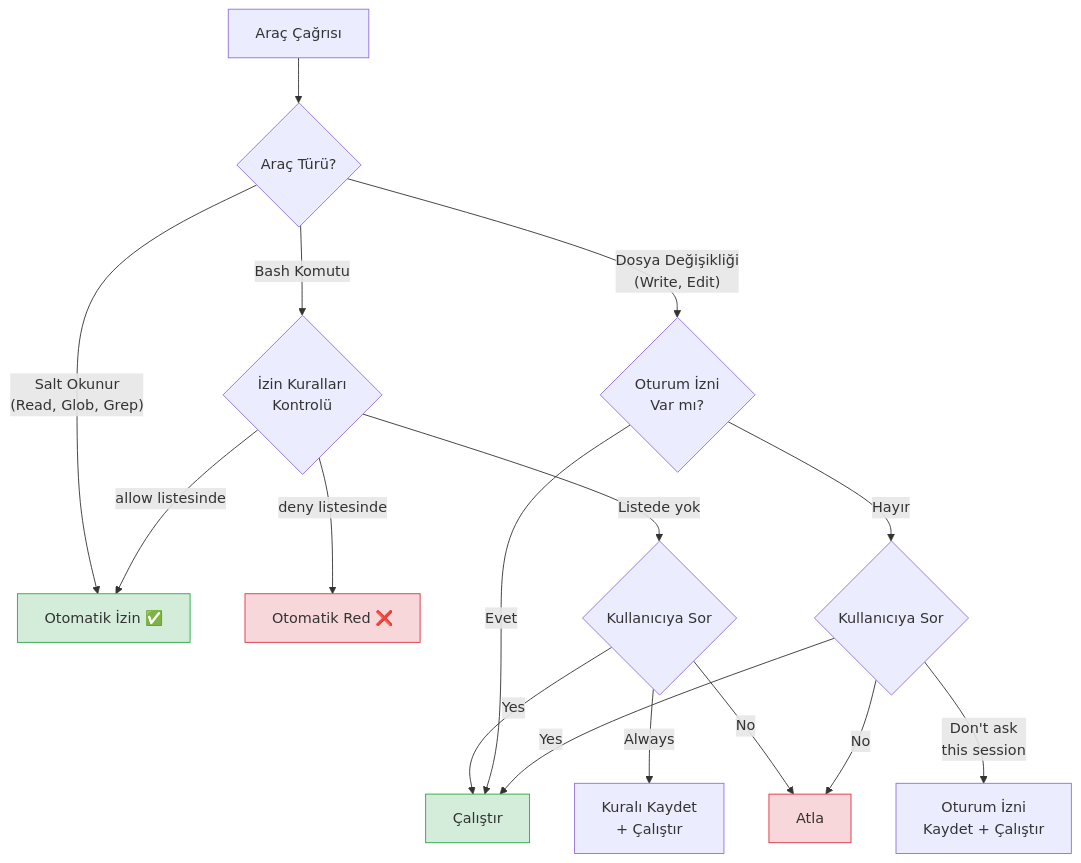
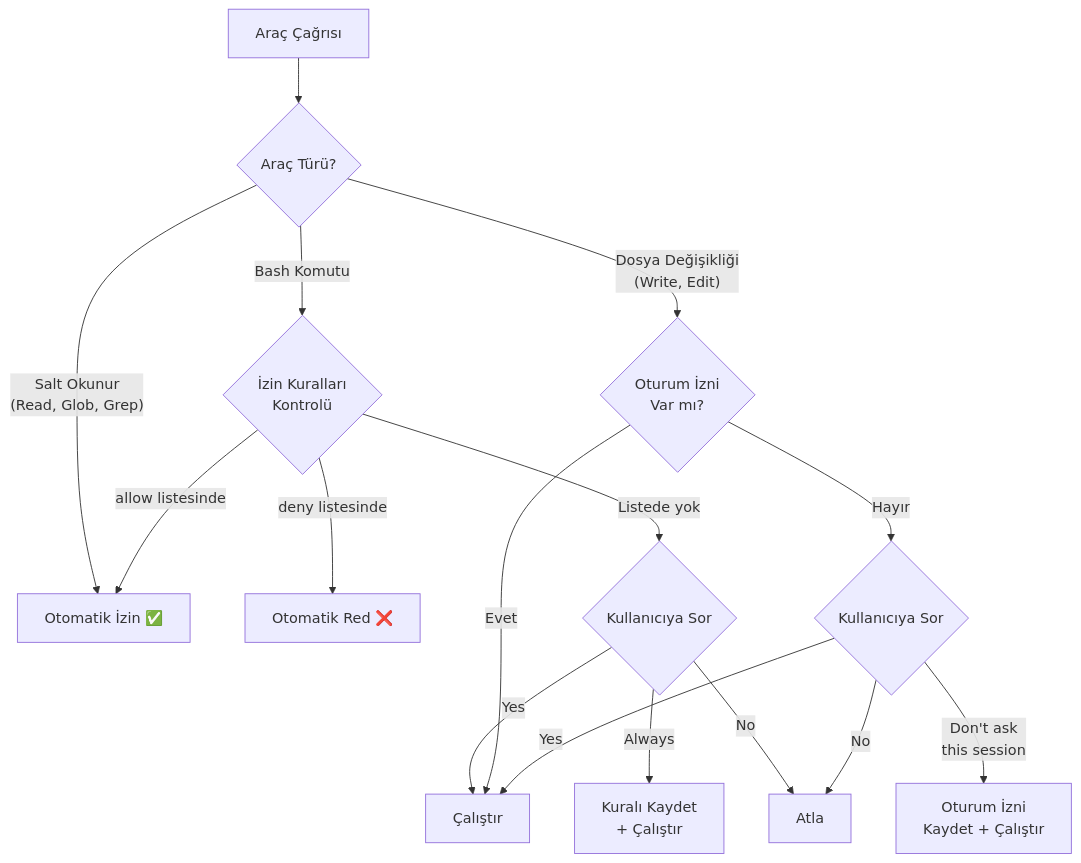
One commit to IzzetYasinAtes/ClaudeCodeHandbook changed the second of 2 diagrams in 10-izinler-ve-guvenlik/01-izin-sistemi.md. Above: the diagram before and after it, drawn with Mermaid. The commit also changed other lines of this file and 97 other files, not shown here.

Commit message:
Remove all custom Mermaid style/fill colors from 98 markdown files for consistent dark theme rendering

````diff
--- a/10-izinler-ve-guvenlik/01-izin-sistemi.md
+++ b/10-izinler-ve-guvenlik/01-izin-sistemi.md
@@ -155,30 +152,26 @@
 ```mermaid
 flowchart TD
     START["Araç Çağrısı"] --> CHECK_TYPE{"Araç Türü?"}
 
     CHECK_TYPE -->|"Salt Okunur<br/>(Read, Glob, Grep)"| AUTO_ALLOW["Otomatik İzin ✅"]
 
     CHECK_TYPE -->|"Bash Komutu"| CHECK_RULES{"İzin Kuralları<br/>Kontrolü"}
 
     CHECK_TYPE -->|"Dosya Değişikliği<br/>(Write, Edit)"| CHECK_SESSION{"Oturum İzni<br/>Var mı?"}
 
     CHECK_RULES -->|"allow listesinde"| AUTO_ALLOW
     CHECK_RULES -->|"deny listesinde"| AUTO_DENY["Otomatik Red ❌"]
     CHECK_RULES -->|"Listede yok"| ASK_USER_BASH{"Kullanıcıya Sor"}
 
     ASK_USER_BASH -->|"Yes"| EXECUTE["Çalıştır"]
     ASK_USER_BASH -->|"Always"| SAVE_RULE["Kuralı Kaydet<br/>+ Çalıştır"]
     ASK_USER_BASH -->|"No"| SKIP["Atla"]
 
     CHECK_SESSION -->|"Evet"| EXECUTE
     CHECK_SESSION -->|"Hayır"| ASK_USER_EDIT{"Kullanıcıya Sor"}
 
     ASK_USER_EDIT -->|"Yes"| EXECUTE
     ASK_USER_EDIT -->|"Don't ask<br/>this session"| SESSION_SAVE["Oturum İzni<br/>Kaydet + Çalıştır"]
     ASK_USER_EDIT -->|"No"| SKIP
 
-    style AUTO_ALLOW fill:#d4edda,stroke:#28a745
-    style AUTO_DENY fill:#f8d7da,stroke:#dc3545
-    style EXECUTE fill:#d4edda,stroke:#28a745
-    style SKIP fill:#f8d7da,stroke:#dc3545
 ```
````
